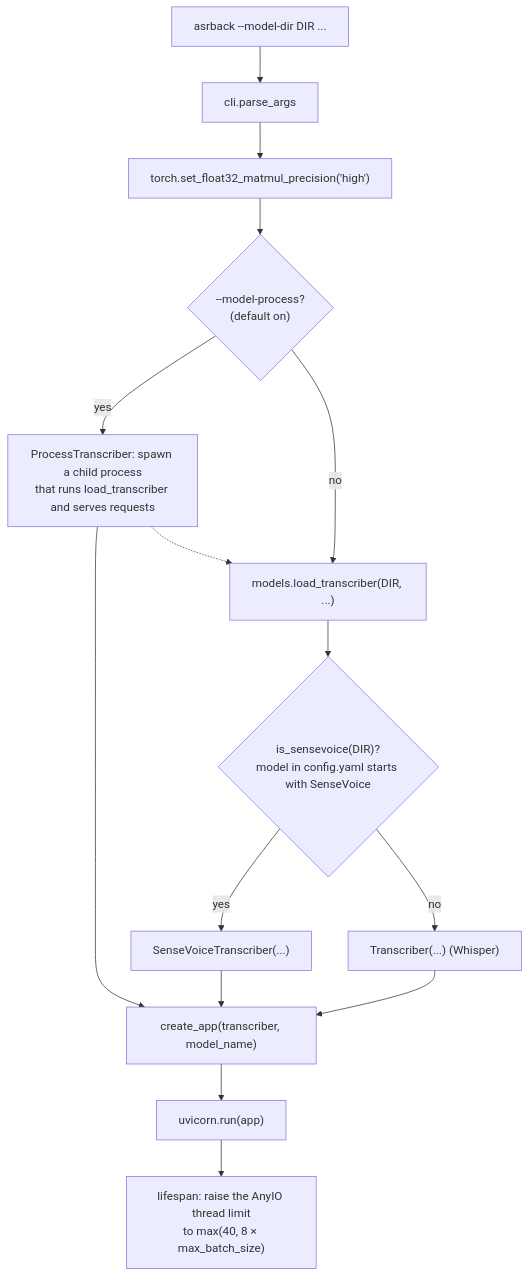
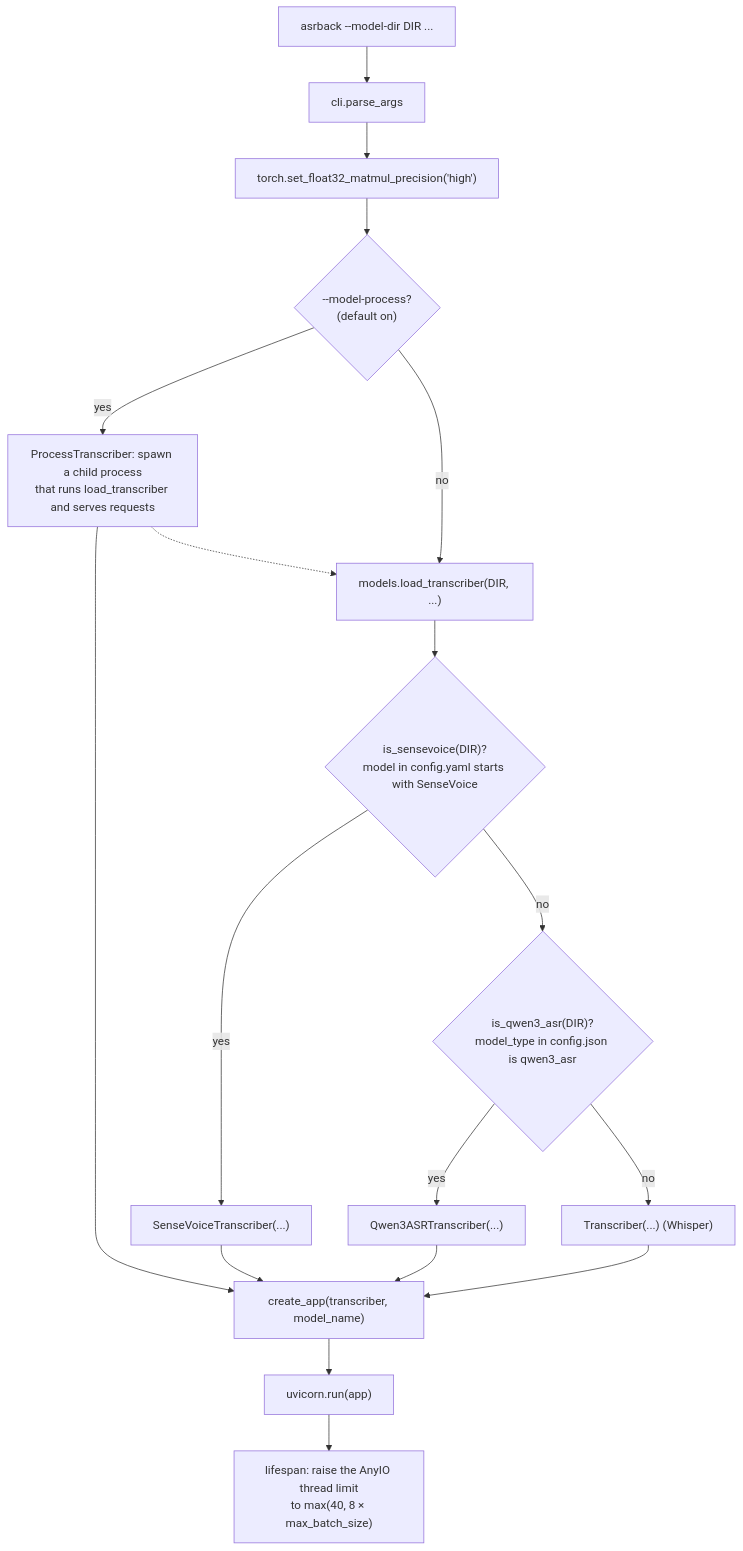
The first of 13 diagrams in docs/architecture.md (sjjeong94/asrback), drawn with Mermaid before and after one commit. The commit also changed other lines of this file and 11 other files, not shown here.

First line of the commit message:
Add Qwen3-ASR inference

````diff
--- a/docs/architecture.md
+++ b/docs/architecture.md
@@ -52,17 +54,20 @@
 ```mermaid
 flowchart TD
     A["asrback --model-dir DIR ..."] --> B["cli.parse_args"]
     B --> C["torch.set_float32_matmul_precision('high')"]
     C --> P{"--model-process?<br/>(default on)"}
     P -- yes --> PT["ProcessTranscriber: spawn a child process<br/>that runs load_transcriber and serves requests"]
     PT -.-> D
     PT --> H
     P -- no --> D["models.load_transcriber(DIR, ...)"]
     D --> E{"is_sensevoice(DIR)?<br/>model in config.yaml starts with SenseVoice"}
     E -- yes --> F["SenseVoiceTranscriber(...)"]
-    E -- no --> G["Transcriber(...) (Whisper)"]
+    E -- no --> Q{"is_qwen3_asr(DIR)?<br/>model_type in config.json is qwen3_asr"}
+    Q -- yes --> QT["Qwen3ASRTranscriber(...)"]
+    Q -- no --> G["Transcriber(...) (Whisper)"]
     F --> H["create_app(transcriber, model_name)"]
+    QT --> H
     G --> H
     H --> I["uvicorn.run(app)"]
     I --> J["lifespan: raise the AnyIO thread limit<br/>to max(40, 8 × max_batch_size)"]
 ```
````
